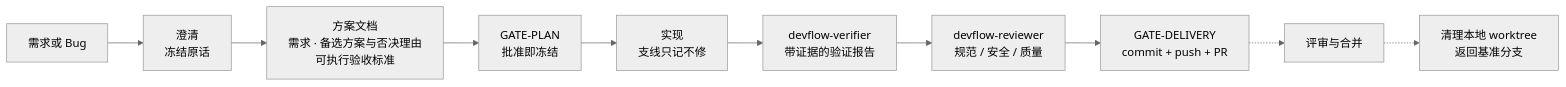
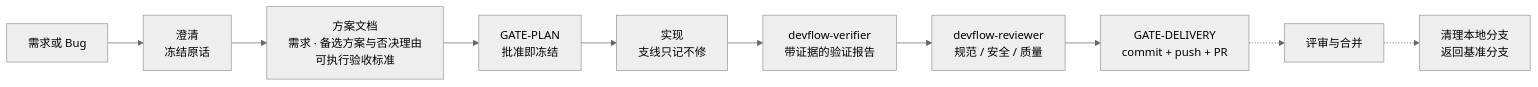
The diagram in README.zh-CN.md (starme/devflow), drawn with Mermaid (neutral theme) before and after one commit. The commit also changed other lines of this file and 14 other files, not shown here.

````diff
--- a/README.zh-CN.md
+++ b/README.zh-CN.md
@@ -9,12 +9,12 @@
 ```mermaid
 flowchart LR
     A["需求或 Bug"] --> Q["澄清<br/>冻结原话"]
     Q --> P["方案文档<br/>需求 · 备选方案与否决理由<br/>可执行验收标准"]
     P --> H1["GATE-PLAN<br/>批准即冻结"]
     H1 --> W["实现<br/>支线只记不修"]
     W --> V["devflow-verifier<br/>带证据的验证报告"]
     V --> R["devflow-reviewer<br/>规范 / 安全 / 质量"]
     R --> H2["GATE-DELIVERY<br/>commit + push + PR"]
     H2 -.-> M["评审与合并"]
-    M -.-> C["清理本地 worktree<br/>返回基准分支"]
+    M -.-> C["清理本地分支<br/>返回基准分支"]
 ```
````
